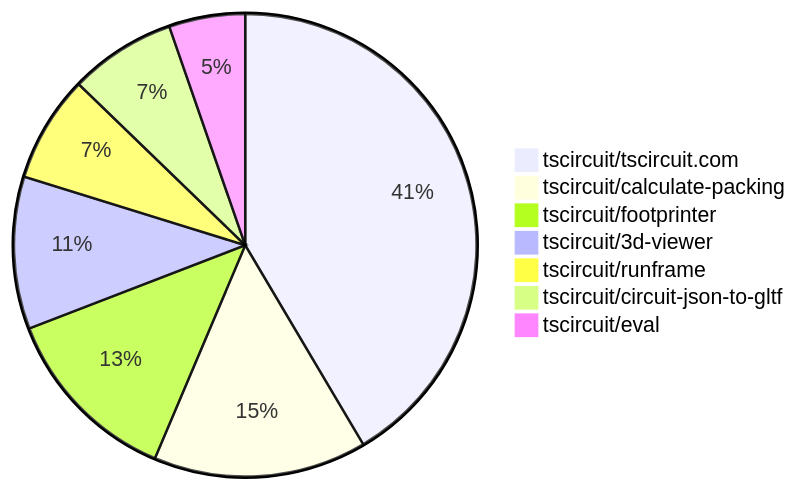
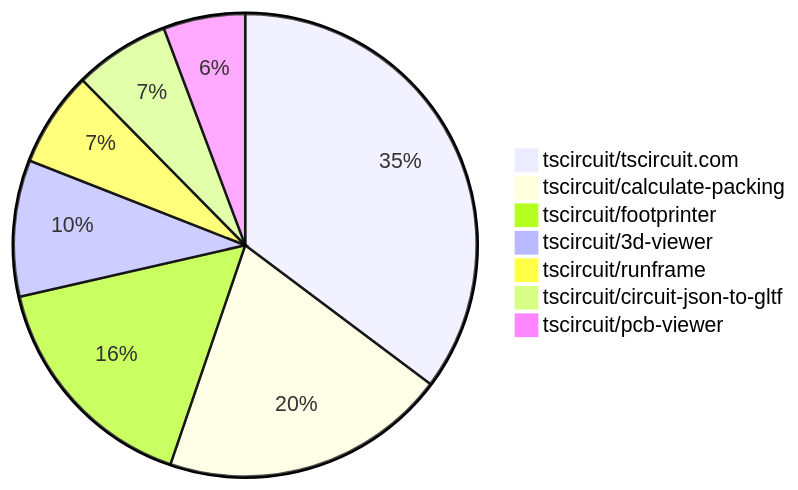
Before and after one commit to tscircuit/contribution-tracker: the second of 2 diagrams in README.md, drawn with Mermaid. The commit also changed other lines of this file and 3 other files, not shown here.

````diff
--- a/README.md
+++ b/README.md
@@ -104,10 +105,10 @@
 ```mermaid
 pie
-    "tscircuit/tscircuit.com" : 39
-    "tscircuit/calculate-packing" : 14
-    "tscircuit/footprinter" : 12
+    "tscircuit/tscircuit.com" : 37
+    "tscircuit/calculate-packing" : 21
+    "tscircuit/footprinter" : 17
     "tscircuit/3d-viewer" : 10
     "tscircuit/runframe" : 7
     "tscircuit/circuit-json-to-gltf" : 7
-    "tscircuit/eval" : 5
+    "tscircuit/pcb-viewer" : 6
 ```
````
